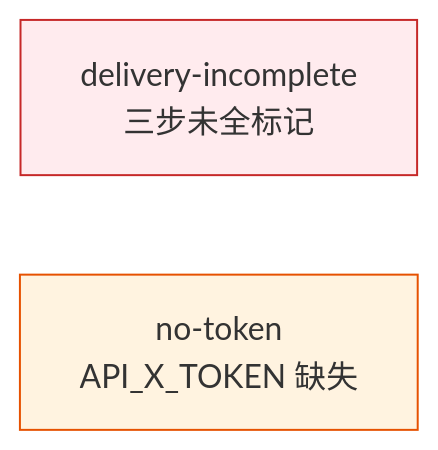
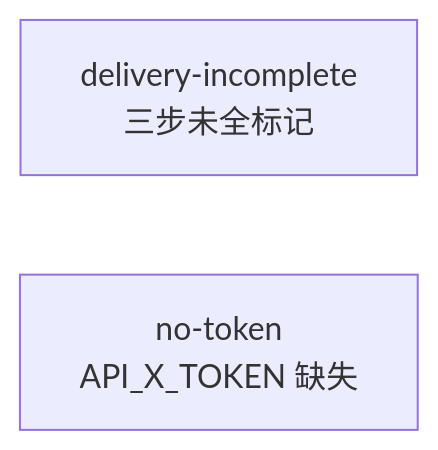
The ninth of 10 diagrams in rules/delivery-gate.md (effiy/YrY), drawn with Mermaid before and after one commit. The commit also changed other lines of this file and 61 other files, not shown here.

````diff
--- a/rules/delivery-gate.md
+++ b/rules/delivery-gate.md
@@ -237,8 +207,6 @@
 ```mermaid
 flowchart LR
     B1["delivery-incomplete<br/>三步未全标记"]:::block
     B2["no-token<br/>API_X_TOKEN 缺失"]:::warn
 
-    classDef block fill:#ffebee,stroke:#c62828;
-    classDef warn fill:#fff3e0,stroke:#e65100;
 ```
````
